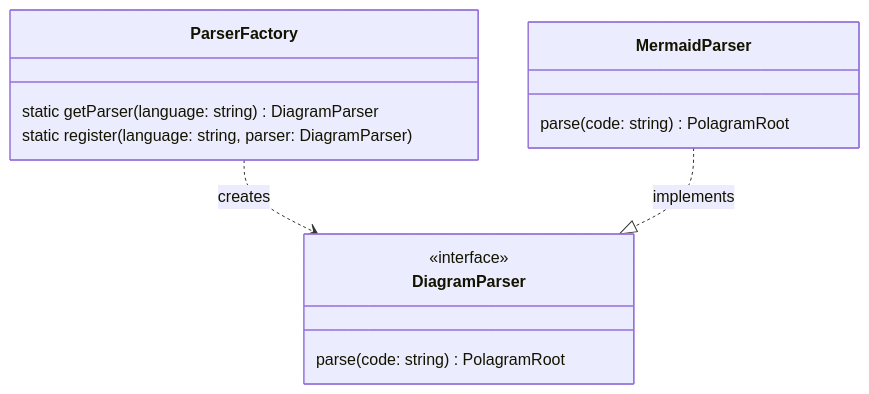
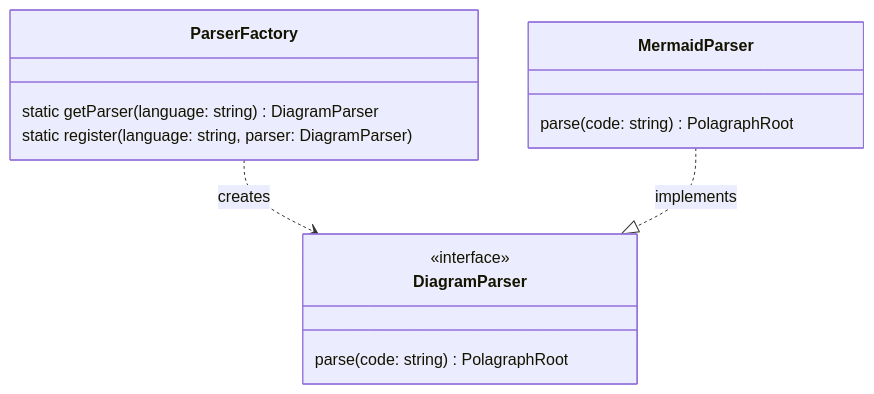
The first of 2 diagrams in packages/core/docs/02-architecture.md (Jun-T-git/polagram), drawn with Mermaid before and after one commit. The commit also changed other lines of this file and 34 other files, not shown here.

Commit message:
feat: Rename project from Polagram to Polagraph and introduce a new FocusDemo component.

````diff
--- a/packages/core/docs/02-architecture.md
+++ b/packages/core/docs/02-architecture.md
@@ -33,19 +33,19 @@
 ```mermaid
 classDiagram
     class ParserFactory {
         static getParser(language: string) DiagramParser
         static register(language: string, parser: DiagramParser)
     }
 
     class DiagramParser {
         <<interface>>
-        parse(code: string) PolagramRoot
+        parse(code: string) PolagraphRoot
     }
 
     class MermaidParser {
-        parse(code: string) PolagramRoot
+        parse(code: string) PolagraphRoot
     }
 
     ParserFactory ..> DiagramParser : creates
     MermaidParser ..|> DiagramParser : implements
 ```
````
